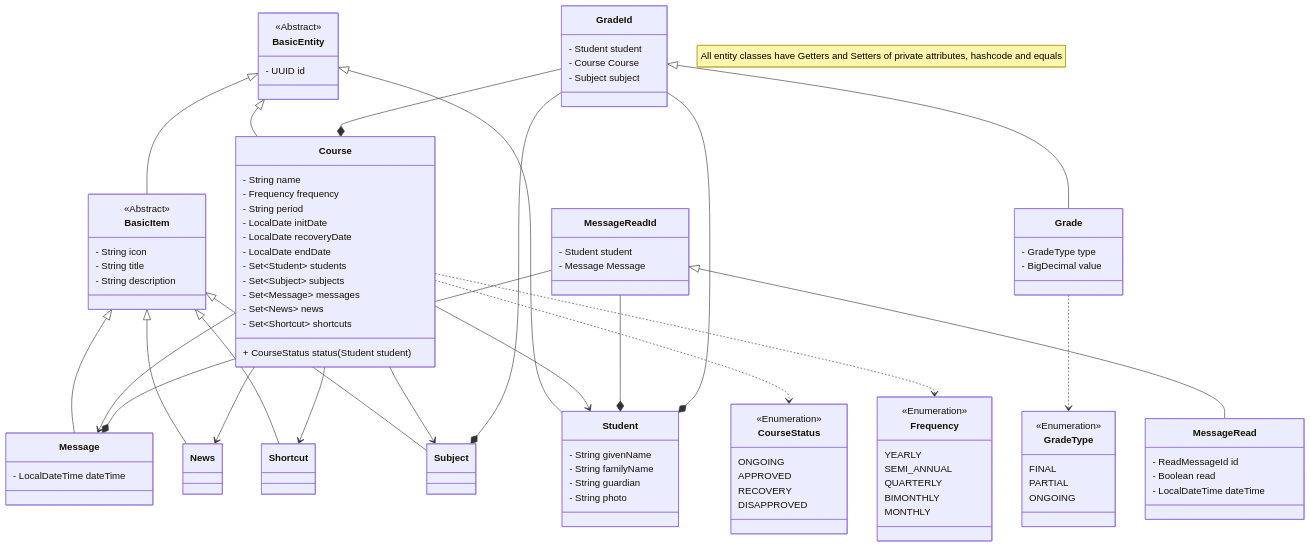
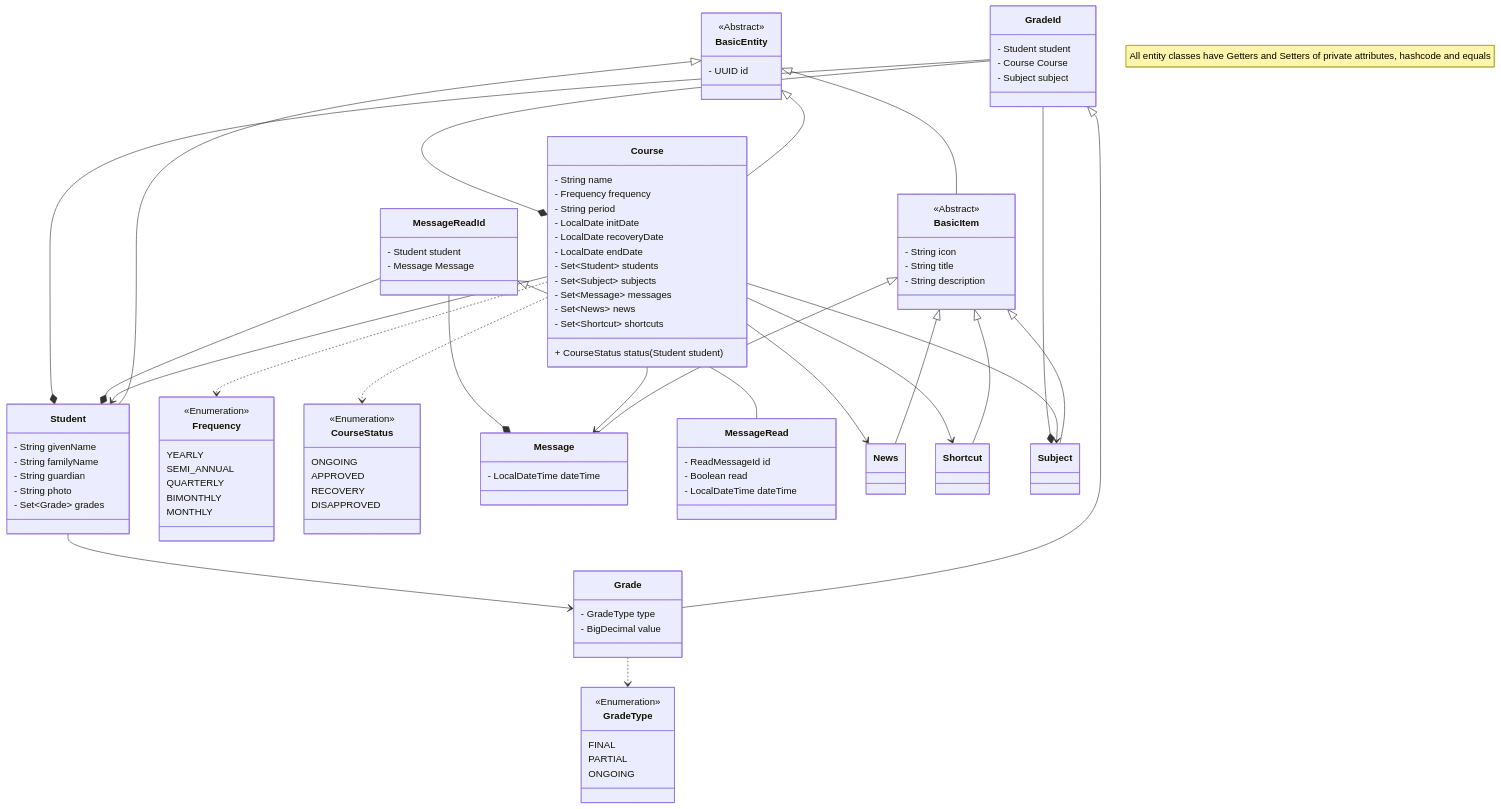
The second of 2 diagrams in README.md (didifive/ess-api), drawn with Mermaid before and after one commit. The commit also changed 10 other files, not shown here.

````diff
--- a/README.md
+++ b/README.md
@@ -160,8 +160,5 @@
 ```mermaid
 classDiagram
-
-    note "All entity classes have Getters and Setters of private attributes, hashcode and equals"
-    
     class BasicEntity {
     <<Abstract>>
         - UUID id
@@ -179,6 +176,7 @@
         - String familyName
         - String guardian
         - String photo
+        - Set~Grade~ grades
     }
 
     class Course {
@@ -274,4 +272,7 @@
     GradeId --* Student
     GradeId --* Course
     GradeId --* Subject
+    Student --> Grade
+    
+    note "All entity classes have Getters and Setters of private attributes, hashcode and equals"
 ``` 
````
